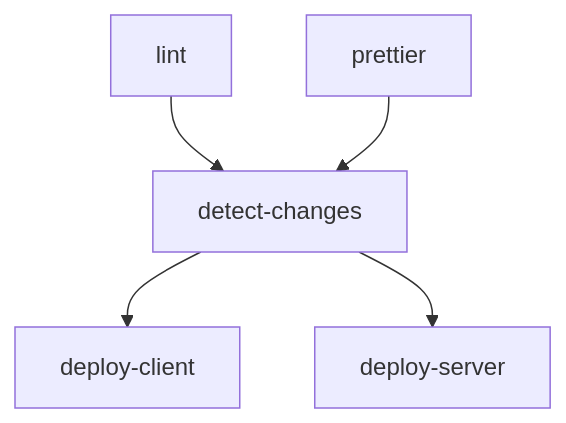
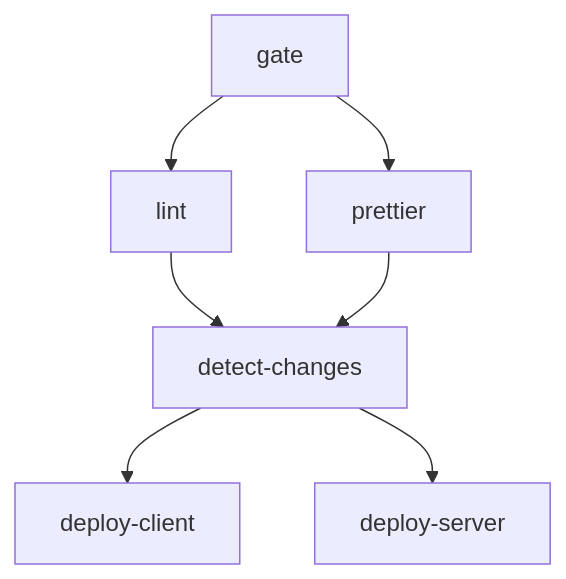
One commit to IamDevTrivedi/Trimium changed the second of 6 diagrams in docs/architecture/CI_CD_PIPELINE_ARCHITECTURE.md. Above: the diagram before and after it, drawn with Mermaid. The commit also changed other lines of this file and 5 other files, not shown here.

````diff
--- a/docs/architecture/CI_CD_PIPELINE_ARCHITECTURE.md
+++ b/docs/architecture/CI_CD_PIPELINE_ARCHITECTURE.md
@@ -74,8 +49,11 @@
 ```mermaid
 flowchart TD
-    A[lint] --> C[detect-changes]
-    B[prettier] --> C
+    A[gate] --> B[lint]
+    A --> C[prettier]
 
-    C --> D[deploy-client]
-    C --> E[deploy-server]
+    B --> D[detect-changes]
+    C --> D
+
+    D --> E[deploy-client]
+    D --> F[deploy-server]
 ```
````
